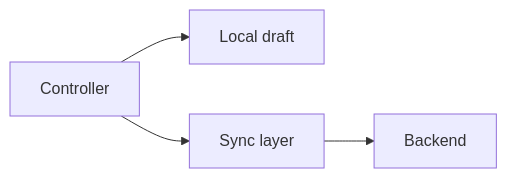
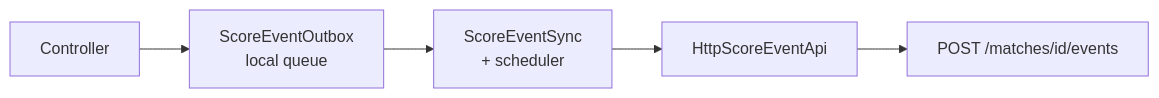
The diagram in apps/mobile/docs/persistence.md (melfrom987/fenuasmash), drawn with Mermaid before and after one commit. The commit also changed other lines of this file and 5 other files, not shown here.

First line of the commit message:
feat(mobile): send score events to the API over HTTP

````diff
--- a/apps/mobile/docs/persistence.md
+++ b/apps/mobile/docs/persistence.md
@@ -116,6 +116,7 @@
 ```mermaid
 flowchart LR
-    Controller --> Local[Local draft]
-    Controller --> Sync[Sync layer]
-    Sync --> API[Backend]
+    Controller --> Outbox[ScoreEventOutbox<br/>local queue]
+    Outbox --> Sync[ScoreEventSync<br/>+ scheduler]
+    Sync --> Api[HttpScoreEventApi]
+    Api --> Backend[POST /matches/id/events]
 ```
````
